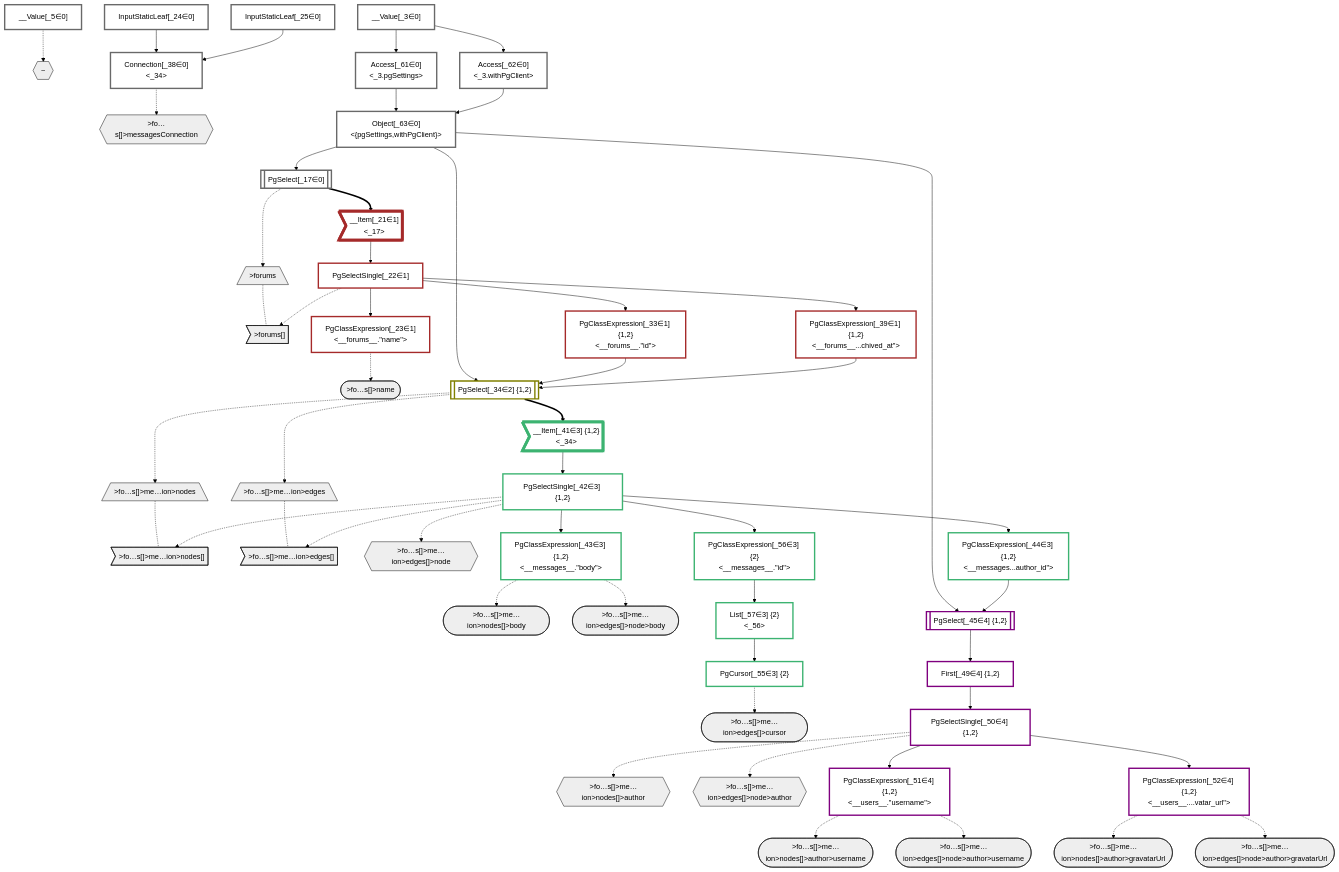
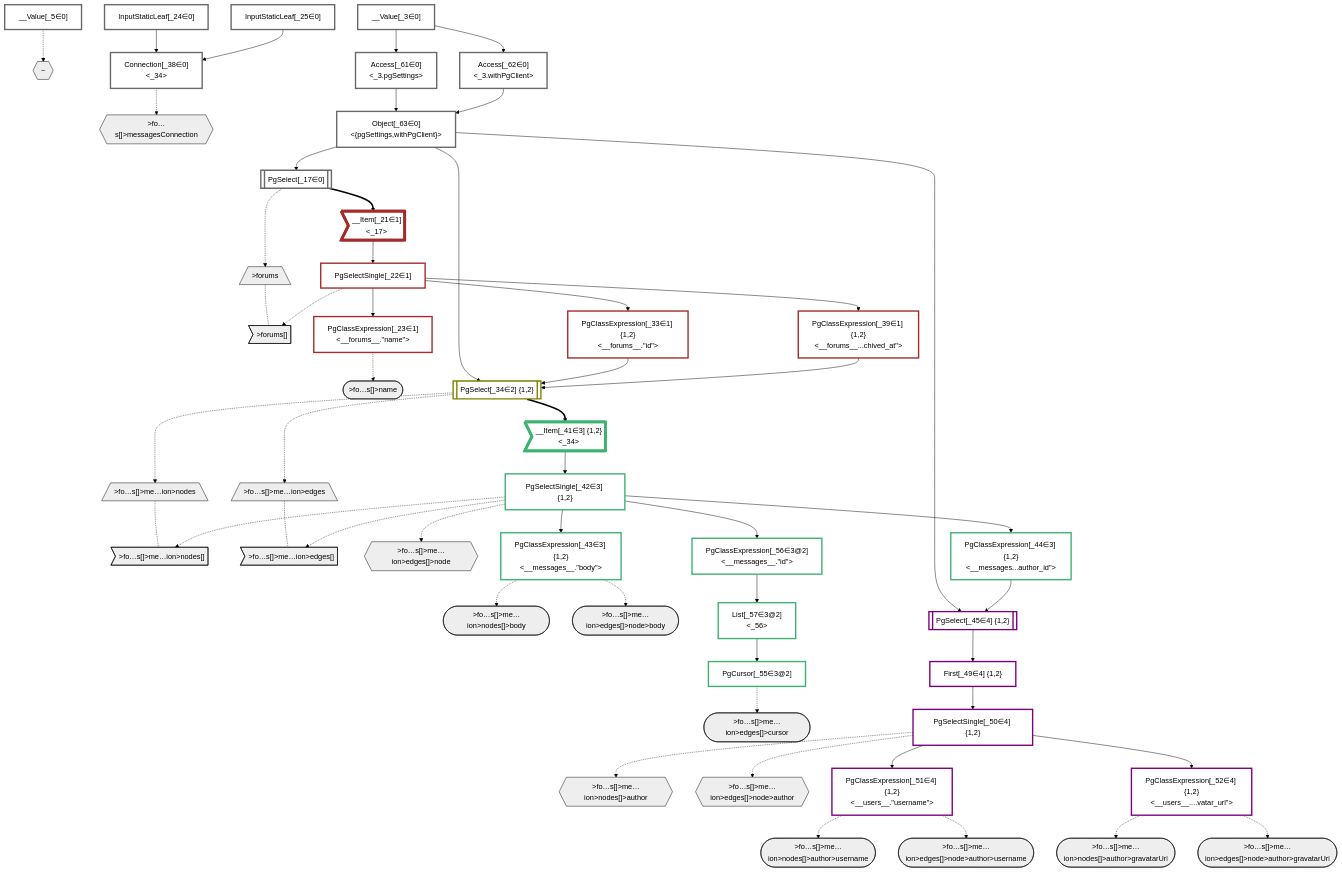
The diagram in packages/dataplan-pg/__tests__/queries/conditions/archived-forum-inherited-messages.defer-3.deopt.mermaid.md (graphile/crystal), drawn with Mermaid (forest theme) before and after one commit. The commit also changed 41 other files, not shown here.

Commit message:
New mermaid output with primary group IDs

```diff
--- a/packages/dataplan-pg/__tests__/queries/conditions/archived-forum-inherited-messages.defer-3.deopt.mermaid.md
+++ b/packages/dataplan-pg/__tests__/queries/conditions/archived-forum-inherited-messages.defer-3.deopt.mermaid.md
@@ -67,9 +67,9 @@
     PgSelectSingle_50["PgSelectSingle[_50∈4] {1,2}<br /><users>"]:::plan
     PgClassExpression_51["PgClassExpression[_51∈4] {1,2}<br /><__users__.#quot;username#quot;>"]:::plan
     PgClassExpression_52["PgClassExpression[_52∈4] {1,2}<br /><__users__....vatar_url#quot;>"]:::plan
-    PgCursor_55["PgCursor[_55∈3] {2}"]:::plan
-    PgClassExpression_56["PgClassExpression[_56∈3] {2}<br /><__messages__.#quot;id#quot;>"]:::plan
-    List_57["List[_57∈3] {2}<br /><_56>"]:::plan
+    PgCursor_55["PgCursor[_55∈3@2]"]:::plan
+    PgClassExpression_56["PgClassExpression[_56∈3@2]<br /><__messages__.#quot;id#quot;>"]:::plan
+    List_57["List[_57∈3@2]<br /><_56>"]:::plan
     Access_61["Access[_61∈0]<br /><_3.pgSettings>"]:::plan
     Access_62["Access[_62∈0]<br /><_3.withPgClient>"]:::plan
     Object_63["Object[_63∈0]<br /><{pgSettings,withPgClient}>"]:::plan
```
